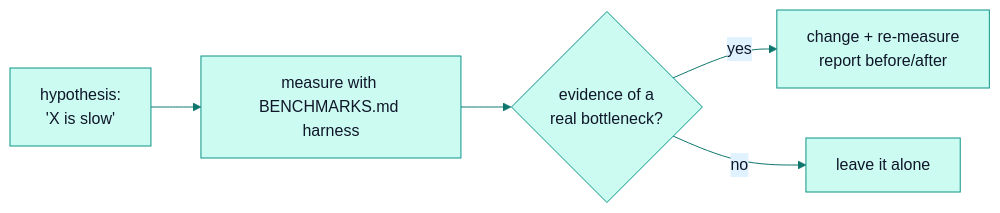
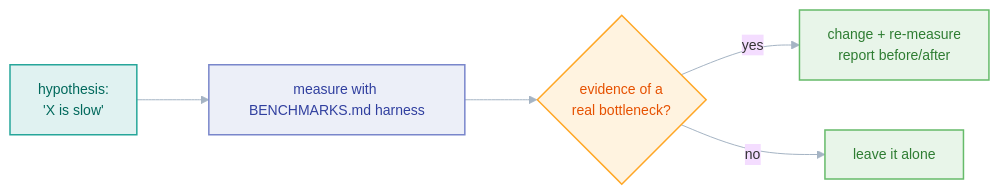
One commit to PawanSikawat/faucet-stream changed the diagram in docs/contributing/performance.md. Above: the diagram before and after it, drawn with Mermaid. The commit also changed 28 other files, not shown here.

First line of the commit message:
docs: upgrade Mermaid diagrams to V2 role-coded style

````diff
--- a/docs/contributing/performance.md
+++ b/docs/contributing/performance.md
@@ -47,8 +47,16 @@
 ```mermaid
-%%{init: {'theme':'base','themeVariables':{'primaryColor':'#ccfbf1','primaryTextColor':'#0f172a','primaryBorderColor':'#0d9488','lineColor':'#0f766e','secondaryColor':'#e0f2fe','tertiaryColor':'#f0fdfa','fontFamily':'-apple-system,BlinkMacSystemFont,Segoe UI,sans-serif'}}}%%
+%%{init: {'theme':'base','flowchart':{'curve':'basis','nodeSpacing':50,'rankSpacing':72,'padding':14},'themeVariables':{'fontFamily':'-apple-system,BlinkMacSystemFont,Segoe UI,sans-serif','fontSize':'14px','lineColor':'#a5b4c4','clusterBkg':'#f8fafc','clusterBorder':'#e2e8f0'}}}%%
 flowchart LR
     A["hypothesis:<br/>'X is slow'"] --> B["measure with BENCHMARKS.md harness"]
     B --> C{evidence of a<br/>real bottleneck?}
     C -- yes --> D["change + re-measure<br/>report before/after"]
     C -- no --> E["leave it alone"]
+    classDef src fill:#e0f2f1,stroke:#26a69a,stroke-width:1.5px,color:#00695c
+    classDef proc fill:#eceff8,stroke:#7986cb,stroke-width:1.5px,color:#303f9f
+    classDef dec fill:#fff3e0,stroke:#ffa726,stroke-width:1.5px,color:#e65100
+    classDef good fill:#e8f5e9,stroke:#66bb6a,stroke-width:1.5px,color:#2e7d32
+    class A src
+    class B proc
+    class C dec
+    class D,E good
 ```
````
